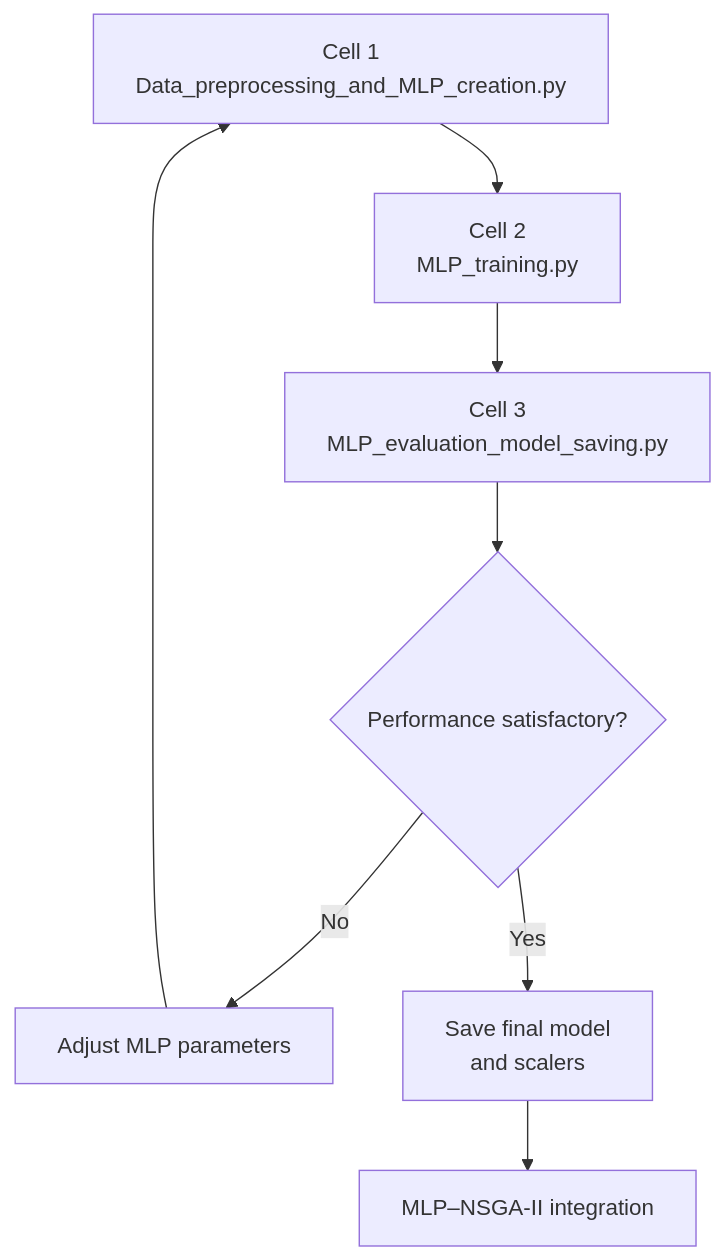
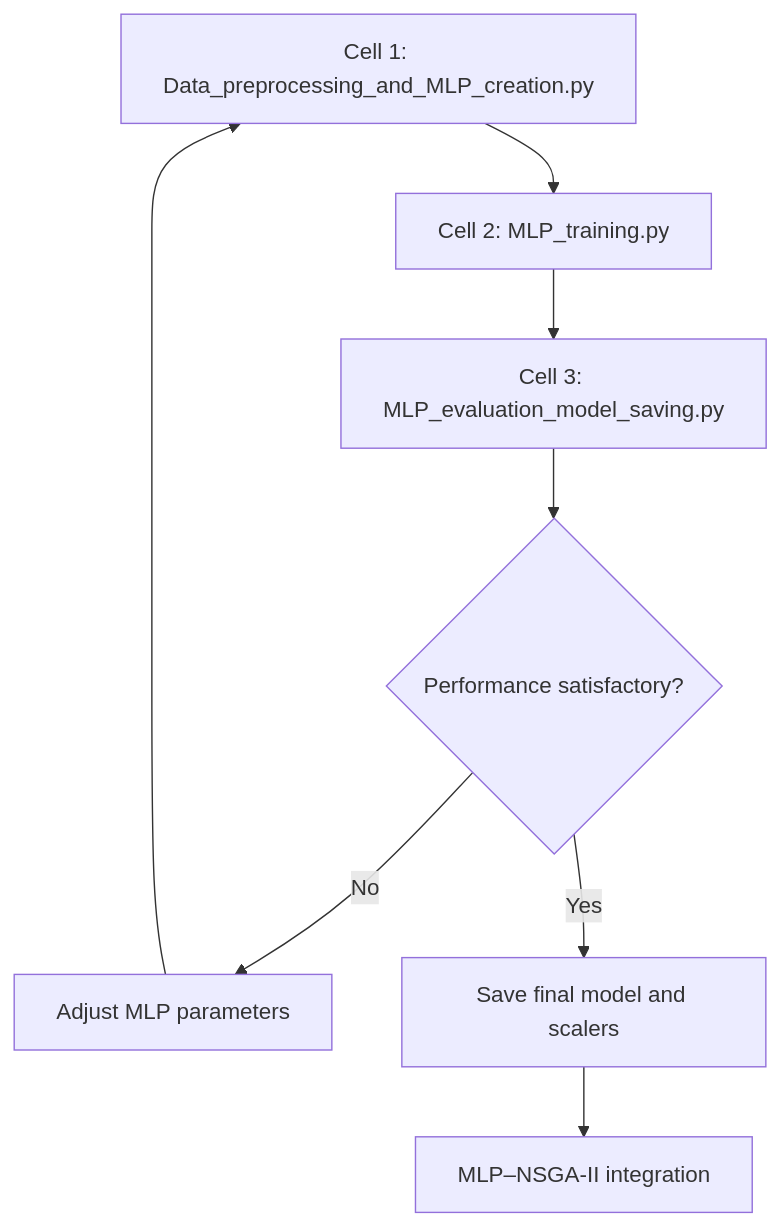
The first of 2 diagrams in README.md (Moni9612/NSGA-II-and-MLP-Integration), drawn with Mermaid before and after one commit. The commit also changed other lines of this file, not shown here.

````diff
--- a/README.md
+++ b/README.md
@@ -28,20 +28,18 @@
 ```mermaid
 flowchart TD
-    A["Cell 1<br/>Data_preprocessing_and_MLP_creation.py"]
-    B["Cell 2<br/>MLP_training.py"]
-    C["Cell 3<br/>MLP_evaluation_model_saving.py"]
+    A["Cell 1: Data_preprocessing_and_MLP_creation.py"]
+    B["Cell 2: MLP_training.py"]
+    C["Cell 3: MLP_evaluation_model_saving.py"]
     D{"Performance satisfactory?"}
     E["Adjust MLP parameters"]
-    F["Save final model<br/>and scalers"]
+    F["Save final model and scalers"]
     G["MLP–NSGA-II integration"]
 
     A --> B
     B --> C
     C --> D
-
-    D -- No --> E
+    D -->|No| E
     E --> A
-
-    D -- Yes --> F
+    D -->|Yes| F
     F --> G
 ```
````
